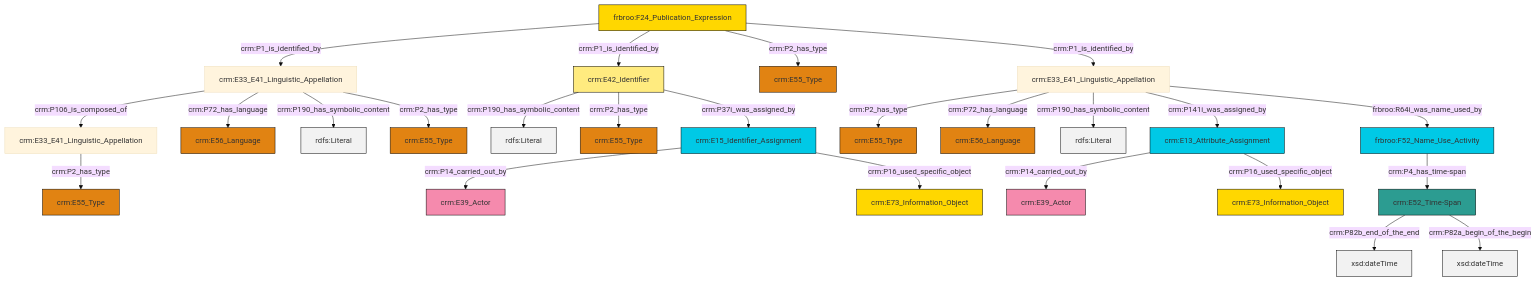
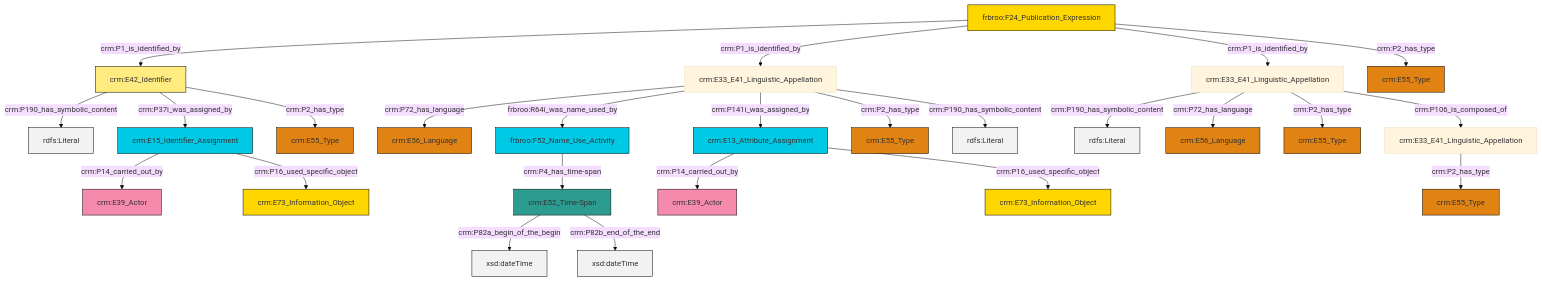
Before and after one commit to swiss-art-research-net/reference-data-models: the diagram in et/biblioCSV/ttl/mmd/biblio_name.ttl.mmd, drawn with Mermaid (base theme). The commit also changed 123 other files, not shown here.

```diff
--- a/et/biblioCSV/ttl/mmd/biblio_name.ttl.mmd
+++ b/et/biblioCSV/ttl/mmd/biblio_name.ttl.mmd
@@ -1,39 +1,39 @@
 graph TD
 classDef Literal fill:#f2f2f2,stroke:#000000;
 classDef CRM_Entity fill:#FFFFFF,stroke:#000000;
 classDef Temporal_Entity fill:#00C9E6, stroke:#000000;
 classDef Type fill:#E18312, stroke:#000000;
 classDef Time-Span fill:#2C9C91, stroke:#000000;
 classDef Appellation fill:#FFEB7F, stroke:#000000;
 classDef Place fill:#008836, stroke:#000000;
 classDef Persistent_Item fill:#B266B2, stroke:#000000;
 classDef Conceptual_Object fill:#FFD700, stroke:#000000;
 classDef Physical_Thing fill:#D2B48C, stroke:#000000;
 classDef Actor fill:#f58aad, stroke:#000000;
 classDef PC_Classes fill:#4ce600, stroke:#000000;
 classDef Multi fill:#cccccc,stroke:#000000;
 
-0["crm:E33_E41_Linguistic_Appellation"]:::Default -->|crm:P2_has_type| 1["crm:E55_Type"]:::Type
-2["crm:E33_E41_Linguistic_Appellation"]:::Default -->|crm:P106_is_composed_of| 0["crm:E33_E41_Linguistic_Appellation"]:::Default
-11["crm:E15_Identifier_Assignment"]:::Temporal_Entity -->|crm:P14_carried_out_by| 12["crm:E39_Actor"]:::Actor
-16["crm:E33_E41_Linguistic_Appellation"]:::Default -->|crm:P2_has_type| 7["crm:E55_Type"]:::Type
-16["crm:E33_E41_Linguistic_Appellation"]:::Default -->|crm:P72_has_language| 17["crm:E56_Language"]:::Type
-19["frbroo:F24_Publication_Expression"]:::Conceptual_Object -->|crm:P1_is_identified_by| 2["crm:E33_E41_Linguistic_Appellation"]:::Default
-13["crm:E52_Time-Span"]:::Time-Span -->|crm:P82b_end_of_the_end| 20[xsd:dateTime]:::Literal
-11["crm:E15_Identifier_Assignment"]:::Temporal_Entity -->|crm:P16_used_specific_object| 9["crm:E73_Information_Object"]:::Conceptual_Object
-2["crm:E33_E41_Linguistic_Appellation"]:::Default -->|crm:P72_has_language| 21["crm:E56_Language"]:::Type
-3["frbroo:F52_Name_Use_Activity"]:::Temporal_Entity -->|crm:P4_has_time-span| 13["crm:E52_Time-Span"]:::Time-Span
-19["frbroo:F24_Publication_Expression"]:::Conceptual_Object -->|crm:P1_is_identified_by| 5["crm:E42_Identifier"]:::Appellation
-5["crm:E42_Identifier"]:::Appellation -->|crm:P190_has_symbolic_content| 26[rdfs:Literal]:::Literal
-19["frbroo:F24_Publication_Expression"]:::Conceptual_Object -->|crm:P2_has_type| 28["crm:E55_Type"]:::Type
-16["crm:E33_E41_Linguistic_Appellation"]:::Default -->|crm:P190_has_symbolic_content| 29[rdfs:Literal]:::Literal
-16["crm:E33_E41_Linguistic_Appellation"]:::Default -->|crm:P141i_was_assigned_by| 30["crm:E13_Attribute_Assignment"]:::Temporal_Entity
-5["crm:E42_Identifier"]:::Appellation -->|crm:P2_has_type| 31["crm:E55_Type"]:::Type
-13["crm:E52_Time-Span"]:::Time-Span -->|crm:P82a_begin_of_the_begin| 32[xsd:dateTime]:::Literal
-19["frbroo:F24_Publication_Expression"]:::Conceptual_Object -->|crm:P1_is_identified_by| 16["crm:E33_E41_Linguistic_Appellation"]:::Default
-16["crm:E33_E41_Linguistic_Appellation"]:::Default -->|frbroo:R64i_was_name_used_by| 3["frbroo:F52_Name_Use_Activity"]:::Temporal_Entity
-30["crm:E13_Attribute_Assignment"]:::Temporal_Entity -->|crm:P14_carried_out_by| 40["crm:E39_Actor"]:::Actor
-5["crm:E42_Identifier"]:::Appellation -->|crm:P37i_was_assigned_by| 11["crm:E15_Identifier_Assignment"]:::Temporal_Entity
-2["crm:E33_E41_Linguistic_Appellation"]:::Default -->|crm:P190_has_symbolic_content| 45[rdfs:Literal]:::Literal
-30["crm:E13_Attribute_Assignment"]:::Temporal_Entity -->|crm:P16_used_specific_object| 35["crm:E73_Information_Object"]:::Conceptual_Object
-2["crm:E33_E41_Linguistic_Appellation"]:::Default -->|crm:P2_has_type| 22["crm:E55_Type"]:::Type
+2["frbroo:F24_Publication_Expression"]:::Conceptual_Object -->|crm:P1_is_identified_by| 3["crm:E42_Identifier"]:::Appellation
+4["crm:E13_Attribute_Assignment"]:::Temporal_Entity -->|crm:P14_carried_out_by| 5["crm:E39_Actor"]:::Actor
+6["crm:E33_E41_Linguistic_Appellation"]:::Default -->|crm:P190_has_symbolic_content| 7[rdfs:Literal]:::Literal
+6["crm:E33_E41_Linguistic_Appellation"]:::Default -->|crm:P72_has_language| 13["crm:E56_Language"]:::Type
+16["crm:E33_E41_Linguistic_Appellation"]:::Default -->|crm:P72_has_language| 11["crm:E56_Language"]:::Type
+16["crm:E33_E41_Linguistic_Appellation"]:::Default -->|frbroo:R64i_was_name_used_by| 0["frbroo:F52_Name_Use_Activity"]:::Temporal_Entity
+3["crm:E42_Identifier"]:::Appellation -->|crm:P190_has_symbolic_content| 20[rdfs:Literal]:::Literal
+16["crm:E33_E41_Linguistic_Appellation"]:::Default -->|crm:P141i_was_assigned_by| 4["crm:E13_Attribute_Assignment"]:::Temporal_Entity
+2["frbroo:F24_Publication_Expression"]:::Conceptual_Object -->|crm:P1_is_identified_by| 16["crm:E33_E41_Linguistic_Appellation"]:::Default
+17["crm:E52_Time-Span"]:::Time-Span -->|crm:P82a_begin_of_the_begin| 23[xsd:dateTime]:::Literal
+25["crm:E15_Identifier_Assignment"]:::Temporal_Entity -->|crm:P14_carried_out_by| 26["crm:E39_Actor"]:::Actor
+25["crm:E15_Identifier_Assignment"]:::Temporal_Entity -->|crm:P16_used_specific_object| 32["crm:E73_Information_Object"]:::Conceptual_Object
+16["crm:E33_E41_Linguistic_Appellation"]:::Default -->|crm:P2_has_type| 33["crm:E55_Type"]:::Type
+17["crm:E52_Time-Span"]:::Time-Span -->|crm:P82b_end_of_the_end| 37[xsd:dateTime]:::Literal
+0["frbroo:F52_Name_Use_Activity"]:::Temporal_Entity -->|crm:P4_has_time-span| 17["crm:E52_Time-Span"]:::Time-Span
+4["crm:E13_Attribute_Assignment"]:::Temporal_Entity -->|crm:P16_used_specific_object| 29["crm:E73_Information_Object"]:::Conceptual_Object
+3["crm:E42_Identifier"]:::Appellation -->|crm:P37i_was_assigned_by| 25["crm:E15_Identifier_Assignment"]:::Temporal_Entity
+6["crm:E33_E41_Linguistic_Appellation"]:::Default -->|crm:P2_has_type| 14["crm:E55_Type"]:::Type
+2["frbroo:F24_Publication_Expression"]:::Conceptual_Object -->|crm:P1_is_identified_by| 6["crm:E33_E41_Linguistic_Appellation"]:::Default
+2["frbroo:F24_Publication_Expression"]:::Conceptual_Object -->|crm:P2_has_type| 38["crm:E55_Type"]:::Type
+16["crm:E33_E41_Linguistic_Appellation"]:::Default -->|crm:P190_has_symbolic_content| 45[rdfs:Literal]:::Literal
+21["crm:E33_E41_Linguistic_Appellation"]:::Default -->|crm:P2_has_type| 8["crm:E55_Type"]:::Type
+3["crm:E42_Identifier"]:::Appellation -->|crm:P2_has_type| 40["crm:E55_Type"]:::Type
+6["crm:E33_E41_Linguistic_Appellation"]:::Default -->|crm:P106_is_composed_of| 21["crm:E33_E41_Linguistic_Appellation"]:::Default
```
